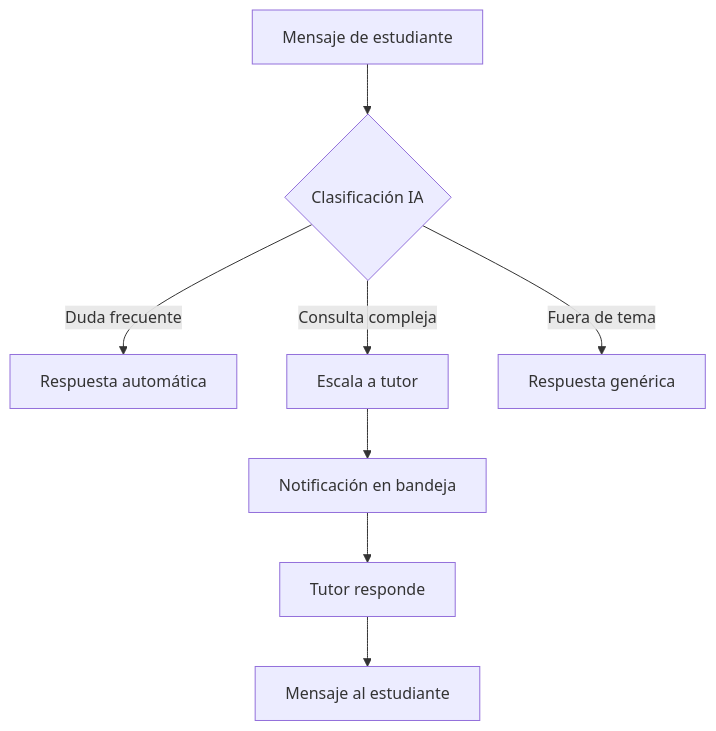
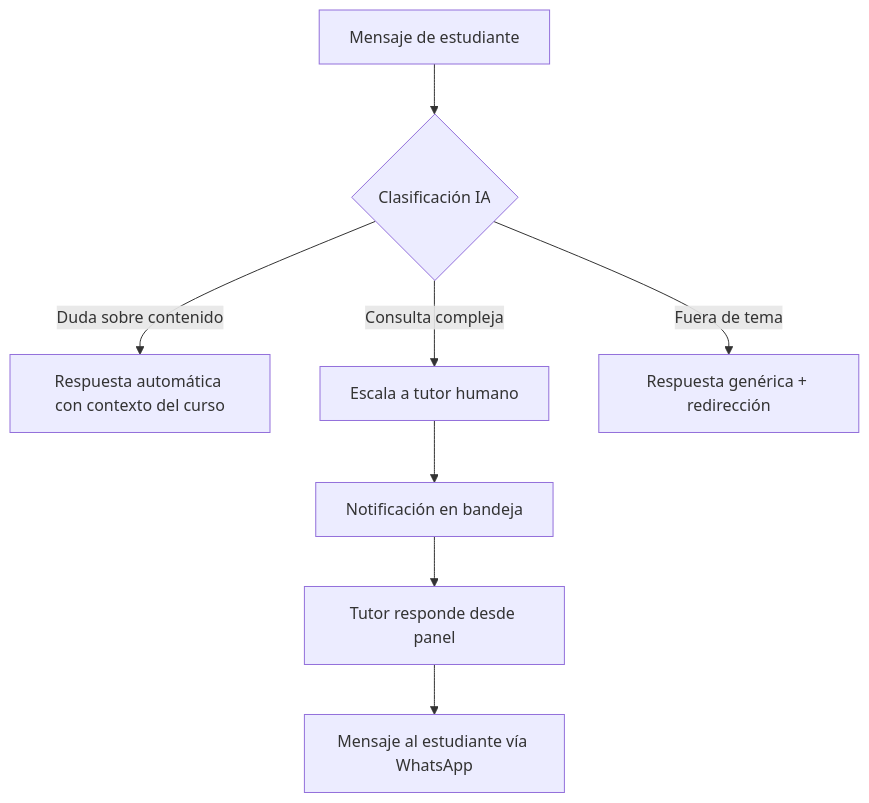
The sixth of 8 diagrams in roadmap.md (erikaluciafuertes/Project-Proposals), drawn with Mermaid before and after one commit. The commit also changed other lines of this file, not shown here.

Commit message:
refinamiento del roadmap con mayor detalle por fase y criterios de éxito

````diff
--- a/roadmap.md
+++ b/roadmap.md
@@ -179,11 +219,11 @@
 ```mermaid
 flowchart TB
     A[Mensaje de estudiante] --> B{Clasificación IA}
-    B -->|Duda frecuente| C[Respuesta automática]
-    B -->|Consulta compleja| D[Escala a tutor]
-    B -->|Fuera de tema| E[Respuesta genérica]
+    B -->|Duda sobre contenido| C[Respuesta automática con contexto del curso]
+    B -->|Consulta compleja| D[Escala a tutor humano]
+    B -->|Fuera de tema| E[Respuesta genérica + redirección]
     
     D --> F[Notificación en bandeja]
-    F --> G[Tutor responde]
-    G --> H[Mensaje al estudiante]
+    F --> G[Tutor responde desde panel]
+    G --> H[Mensaje al estudiante vía WhatsApp]
 ```
````
